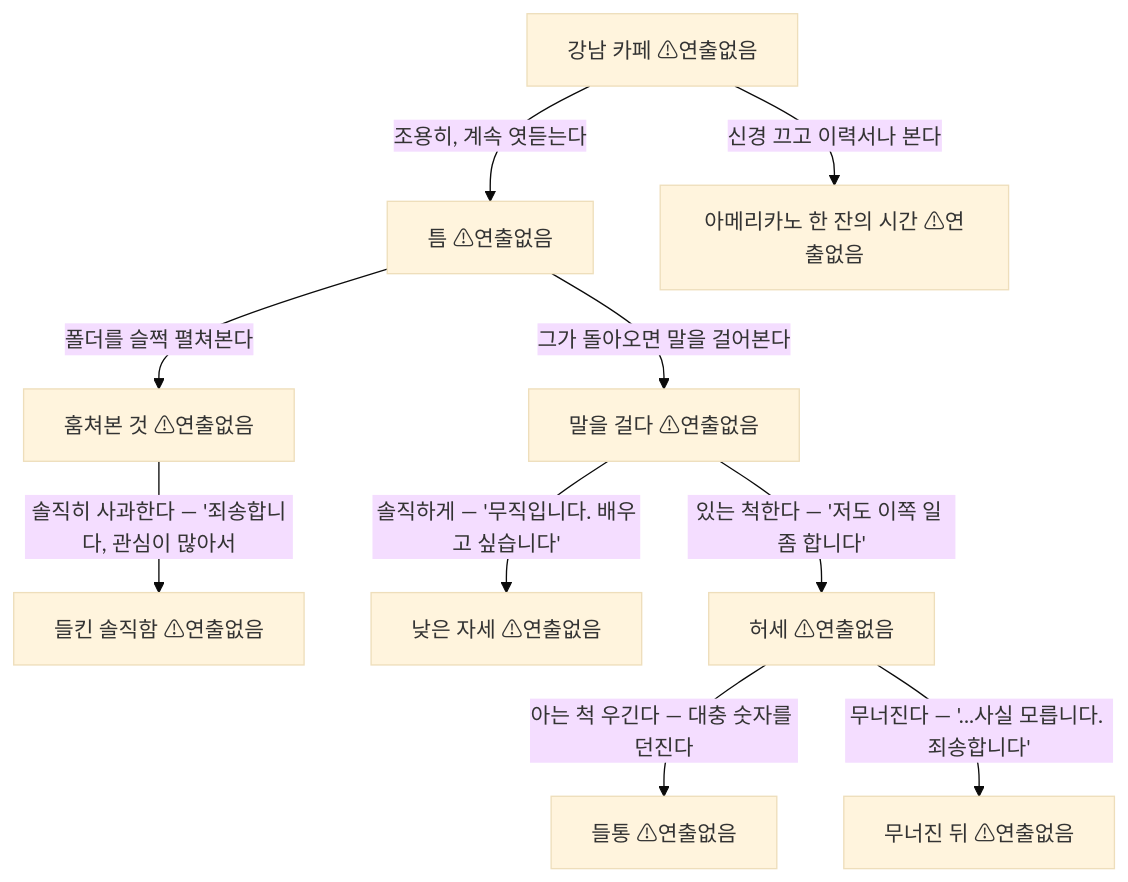
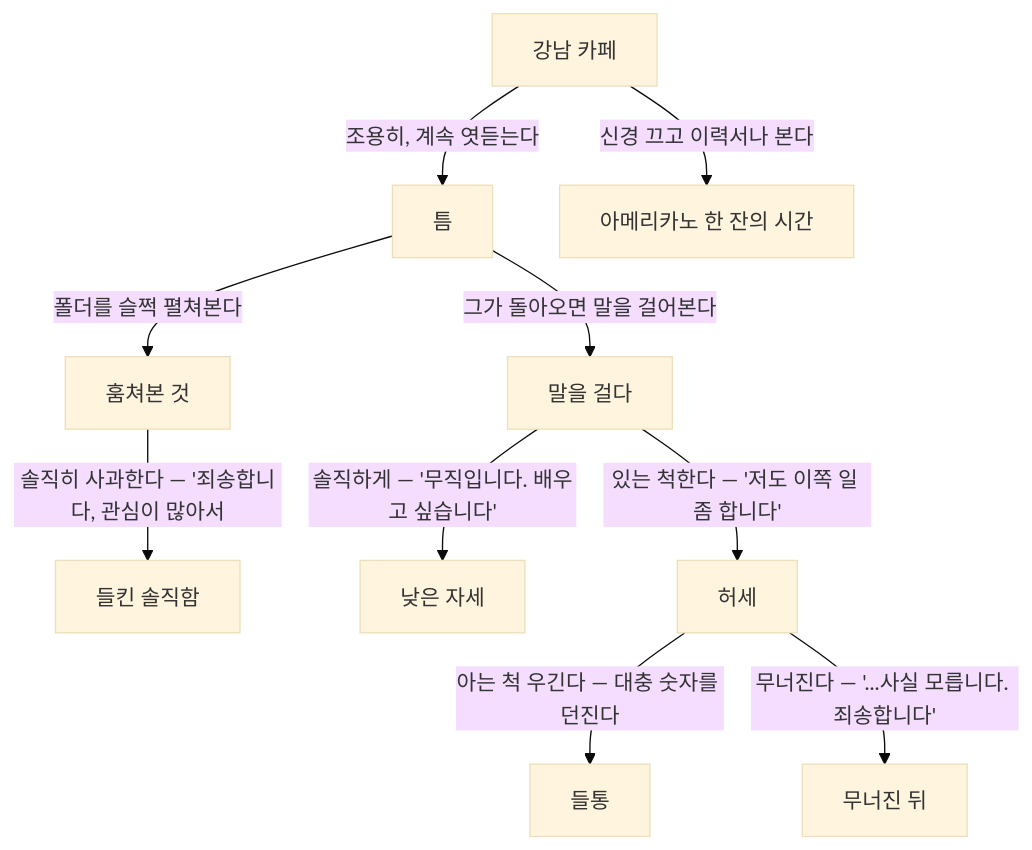
Diagram 12 of 39 in docs/STATUS.md (junheeleee/GangnamDream), drawn with Mermaid (base theme) before and after one commit. The commit also changed other lines of this file and 50 other files, not shown here.

````diff
--- a/docs/STATUS.md
+++ b/docs/STATUS.md
@@ -360,22 +361,22 @@
 ```mermaid
 flowchart TD
-  cafe_00["강남 카페 ⚠︎연출없음"]
-  cafe_listen_01["틈 ⚠︎연출없음"]
-  cafe_mind_01["아메리카노 한 잔의 시간 ⚠︎연출없음"]
-  cafe_peek_01["훔쳐본 것 ⚠︎연출없음"]
-  cafe_talk_01["말을 걸다 ⚠︎연출없음"]
-  cafe_caught_honest["들킨 솔직함 ⚠︎연출없음"]
-  cafe_humble["낮은 자세 ⚠︎연출없음"]
-  cafe_bluff_01["허세 ⚠︎연출없음"]
-  cafe_bluff_caught["들통 ⚠︎연출없음"]
-  cafe_bluff_recover["무너진 뒤 ⚠︎연출없음"]
+  cafe_00["강남 카페"]
+  cafe_listen_01["틈"]
+  cafe_mind_01["아메리카노 한 잔의 시간"]
+  cafe_peek_01["훔쳐본 것"]
+  cafe_talk_01["말을 걸다"]
+  cafe_caught_honest["들킨 솔직함"]
+  cafe_humble["낮은 자세"]
+  cafe_bluff_01["허세"]
+  cafe_bluff_caught["들통"]
+  cafe_bluff_recover["무너진 뒤"]
   cafe_00 -->|"조용히, 계속 엿듣는다"| cafe_listen_01
   cafe_00 -->|"신경 끄고 이력서나 본다"| cafe_mind_01
   cafe_listen_01 -->|"폴더를 슬쩍 펼쳐본다"| cafe_peek_01
   cafe_listen_01 -->|"그가 돌아오면 말을 걸어본다"| cafe_talk_01
   cafe_peek_01 -->|"솔직히 사과한다 — '죄송합니다, 관심이 많아서"| cafe_caught_honest
   cafe_talk_01 -->|"솔직하게 — '무직입니다. 배우고 싶습니다'"| cafe_humble
   cafe_talk_01 -->|"있는 척한다 — '저도 이쪽 일 좀 합니다'"| cafe_bluff_01
   cafe_bluff_01 -->|"아는 척 우긴다 — 대충 숫자를 던진다"| cafe_bluff_caught
   cafe_bluff_01 -->|"무너진다 — '...사실 모릅니다. 죄송합니다'"| cafe_bluff_recover
 ```
````
